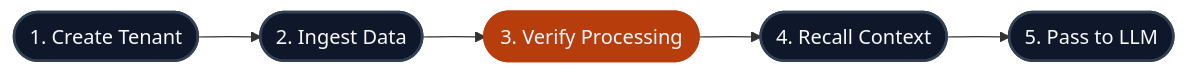
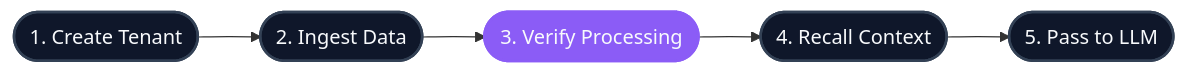
The first of 2 diagrams in get-started/quickstart.mdx (hydra-db/mintlify-docs), drawn with Mermaid before and after one commit. The commit also changed other lines of this file and 1 other file, not shown here.

````diff
--- a/get-started/quickstart.mdx
+++ b/get-started/quickstart.mdx
@@ -14,13 +10,13 @@
 ```mermaid
 flowchart LR
   A([1. Create Tenant]) --> B([2. Ingest Data])
   B --> C([3. Verify Processing])
   C --> D([4. Recall Context])
   D --> E([5. Pass to LLM])
 
   style A fill:#0f172a,stroke:#334155,stroke-width:2px,color:#f8fafc,stroke-linecap:round
   style B fill:#0f172a,stroke:#334155,stroke-width:2px,color:#f8fafc,stroke-linecap:round
-  style C fill:#b83d0d,stroke:#b83d0d,stroke-width:2.5px,color:#f8fafc,stroke-linecap:round
+  style C fill:#8b5cf6,stroke:#8b5cf6,stroke-width:2.5px,color:#f8fafc,stroke-linecap:round
   style D fill:#0f172a,stroke:#334155,stroke-width:2px,color:#f8fafc,stroke-linecap:round
   style E fill:#0f172a,stroke:#334155,stroke-width:2px,color:#f8fafc,stroke-linecap:round
 ```
````
